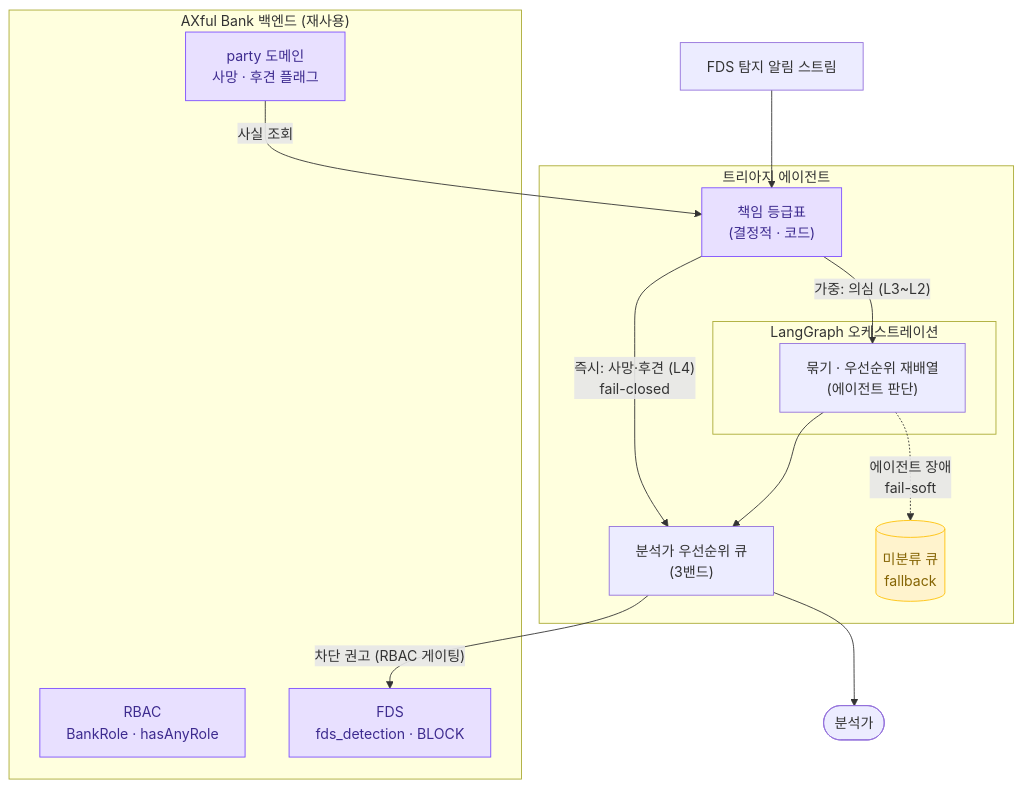
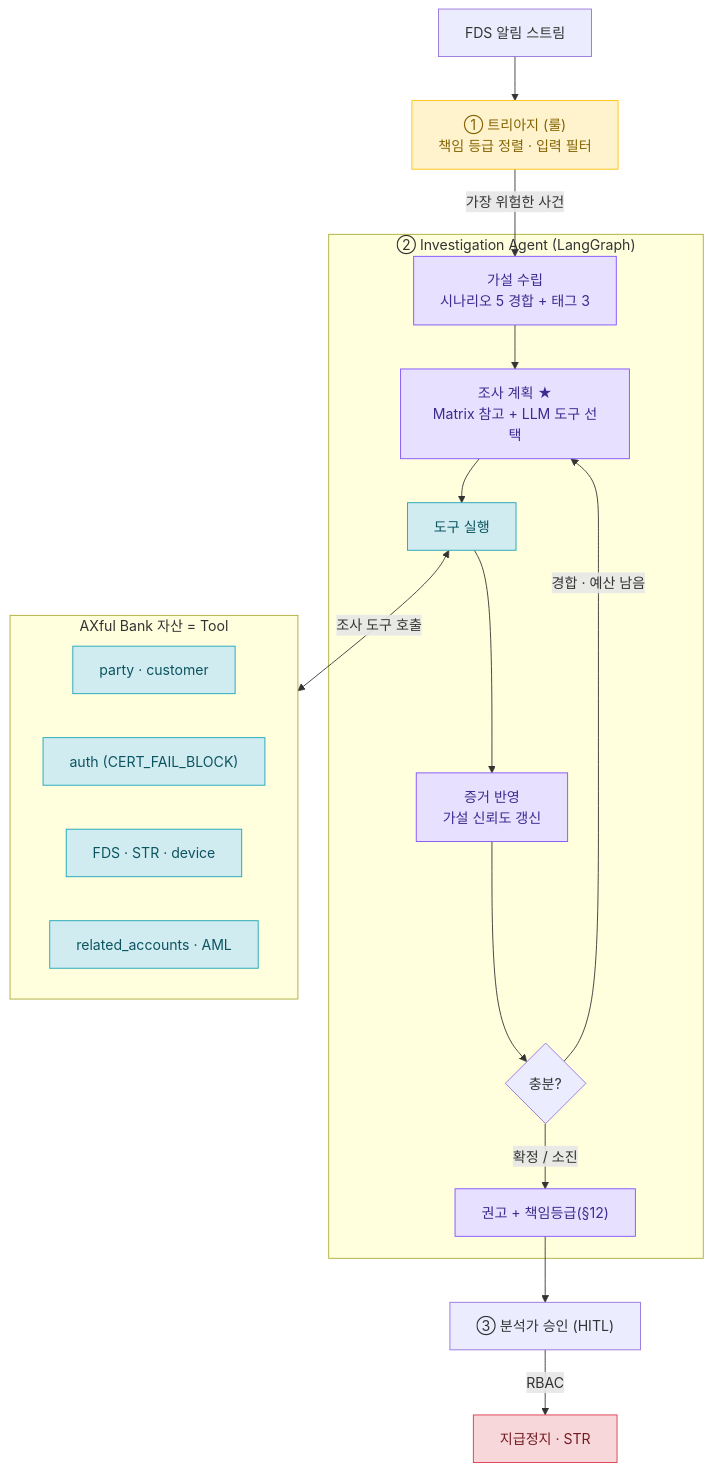
Before and after one commit to Fast-Campus-Reboot-Campus/internet_banking: the diagram in fds-triage-agent/README.md, drawn with Mermaid. The commit also changed other lines of this file and 1 other file, not shown here.

Commit message:
docs(triage-agent): Fraud Investigation Agent 2단계 파이프라인으로 개편 (README·corpus §16 추가)

````diff
--- a/fds-triage-agent/README.md
+++ b/fds-triage-agent/README.md
@@ -30,34 +34,35 @@
 ```mermaid
 flowchart TB
-    EVT["FDS 탐지 알림 스트림"]
-    ANALYST(["분석가"])
+    EVT["FDS 알림 스트림"] --> TRI["① 트리아지 (룰)<br/>책임 등급 정렬 · 입력 필터"]
+    TRI -->|"가장 위험한 사건"| H
 
-    subgraph TRI["트리아지 에이전트"]
-        BTABLE["책임 등급표<br/>(결정적 · 코드)"]
-        subgraph LG["LangGraph 오케스트레이션"]
-            AGENT["묶기 · 우선순위 재배열<br/>(에이전트 판단)"]
-        end
-        QUEUE["분석가 우선순위 큐<br/>(3밴드)"]
-        UNC[("미분류 큐<br/>fallback")]
+    subgraph AG["② Investigation Agent (LangGraph)"]
+        H["가설 수립<br/>시나리오 5 경합 + 태그 3"] --> P["조사 계획 ★<br/>Matrix 참고 + LLM 도구 선택"]
+        P --> ACT["도구 실행"]
+        ACT --> O["증거 반영<br/>가설 신뢰도 갱신"]
+        O --> G{"충분?"}
+        G -->|"경합 · 예산 남음"| P
+        G -->|"확정 / 소진"| R["권고 + 책임등급(§12)"]
     end
 
-    subgraph BE["AXful Bank 백엔드 (재사용)"]
-        PARTY["party 도메인<br/>사망 · 후견 플래그"]
-        RBAC["RBAC<br/>BankRole · hasAnyRole"]
-        FDS["FDS<br/>fds_detection · BLOCK"]
+    ACT <-->|"조사 도구 호출"| TOOLS
+
+    subgraph TOOLS["AXful Bank 자산 = Tool"]
+        T1["party · customer"]
+        T2["auth (CERT_FAIL_BLOCK)"]
+        T3["FDS · STR · device"]
+        T4["related_accounts · AML"]
     end
 
-    EVT --> BTABLE
-    PARTY -->|"사실 조회"| BTABLE
-    BTABLE -->|"즉시: 사망·후견 (L4)<br/>fail-closed"| QUEUE
-    BTABLE -->|"가중: 의심 (L3~L2)"| AGENT
-    AGENT --> QUEUE
-    AGENT -.->|"에이전트 장애<br/>fail-soft"| UNC
-    QUEUE -->|"차단 권고 (RBAC 게이팅)"| FDS
-    QUEUE --> ANALYST
+    R --> HITL["③ 분석가 승인 (HITL)"]
+    HITL -->|"RBAC"| DO["지급정지 · STR"]
 
-    classDef det fill:#e8e0ff,stroke:#7c4dff,color:#3d2b8f
-    classDef store fill:#fff3cd,stroke:#ffc107,color:#856404
-    class BTABLE,PARTY,RBAC,FDS det
-    class UNC store
+    classDef rule fill:#fff3cd,stroke:#ffc107,color:#856404
+    classDef agent fill:#e8e0ff,stroke:#7c4dff,color:#3d2b8f
+    classDef tool fill:#d1ecf1,stroke:#17a2b8,color:#0c5460
+    classDef block fill:#f8d7da,stroke:#dc3545,color:#721c24
+    class TRI rule
+    class H,P,O,R agent
+    class ACT,T1,T2,T3,T4 tool
+    class DO block
 ```
````
